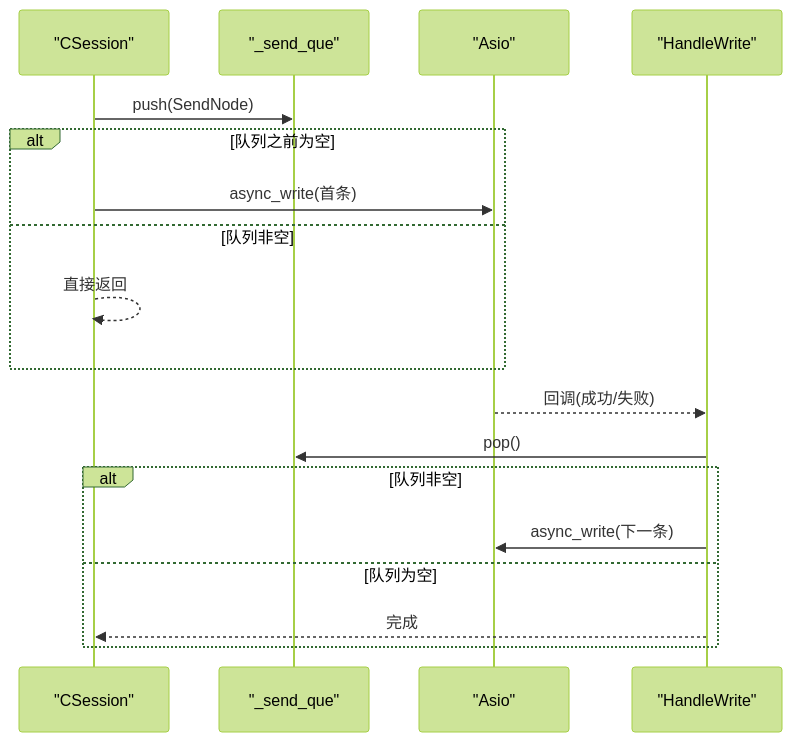
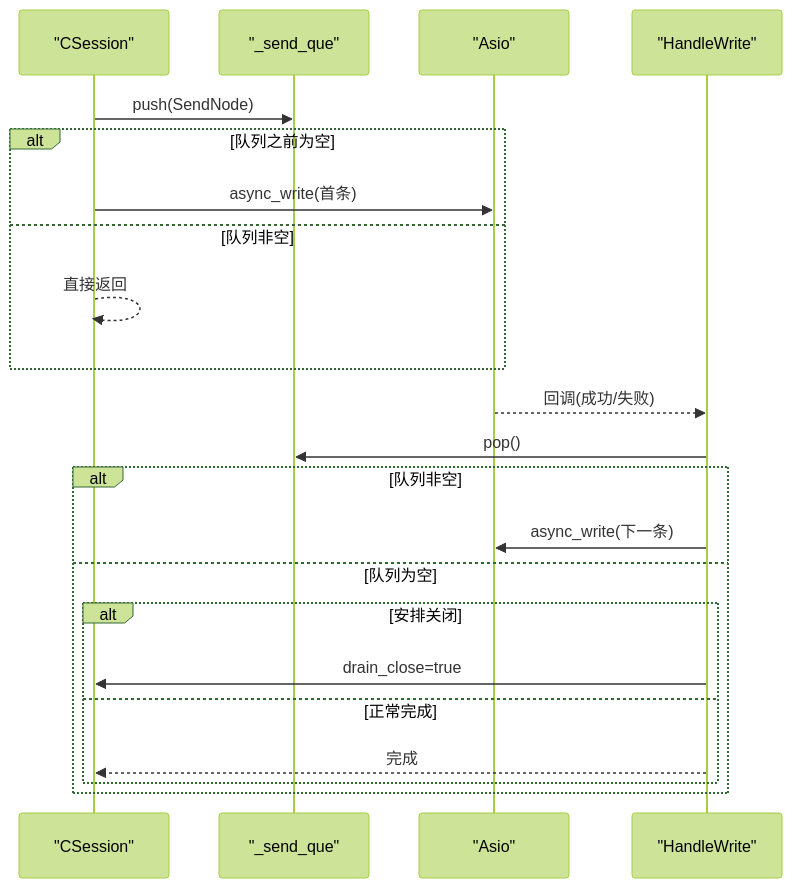
One commit to echo9923/mychatter changed the seventh of 8 diagrams in .qoder/repowiki/zh/content/服务端开发/ChatServer聊天核心服务/会话管理/消息处理机制.md. Above: the diagram before and after it, drawn with Mermaid (forest theme). The commit also changed other lines of this file and 54 other files, not shown here.

````diff
--- a/.qoder/repowiki/zh/content/服务端开发/ChatServer聊天核心服务/会话管理/消息处理机制.md
+++ b/.qoder/repowiki/zh/content/服务端开发/ChatServer聊天核心服务/会话管理/消息处理机制.md
@@ -208,20 +350,24 @@
 ```mermaid
 sequenceDiagram
 participant Sess as "CSession"
 participant Q as "_send_que"
 participant IO as "Asio"
 participant Handler as "HandleWrite"
 Sess->>Q : push(SendNode)
 alt 队列之前为空
 Sess->>IO : async_write(首条)
 else 队列非空
 Sess-->>Sess : 直接返回
 end
 IO-->>Handler : 回调(成功/失败)
 Handler->>Q : pop()
 alt 队列非空
 Handler->>IO : async_write(下一条)
 else 队列为空
+alt 安排关闭
+Handler->>Sess : drain_close=true
+else 正常完成
 Handler-->>Sess : 完成
 end
+end
 ```
````
